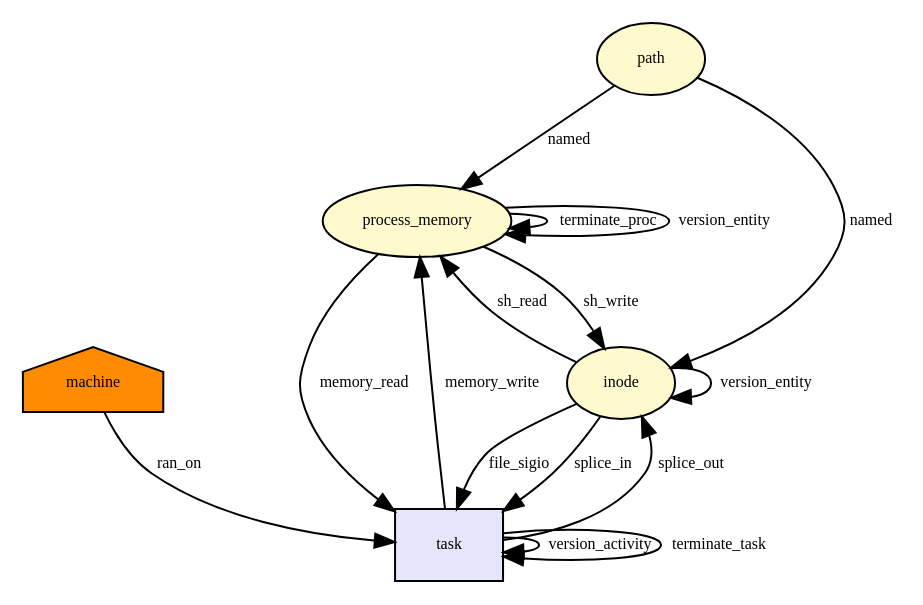
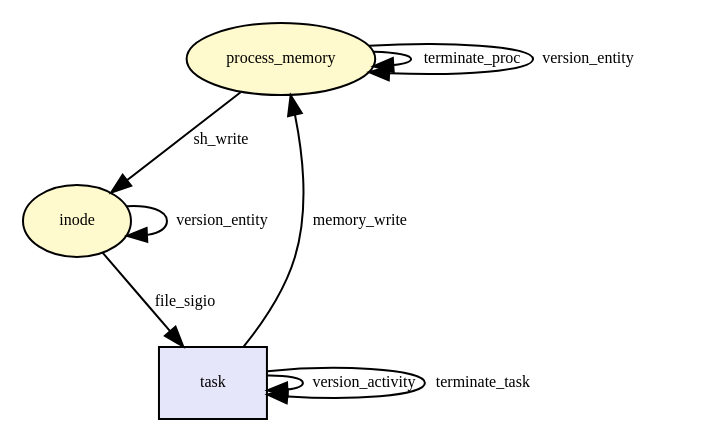
The diagram in docs/dot/__x64_sys_tee.dot (CamFlow/camflow-dev), drawn with Graphviz before and after one commit. The commit also changed 43 other files, not shown here.

```diff
--- a/docs/dot/__x64_sys_tee.dot
+++ b/docs/dot/__x64_sys_tee.dot
@@ -1,41 +1,23 @@
 digraph RGL__DirectedAdjacencyGraph {process_memory[fontsize = 8,label = process_memory,shape = ellipse, fillcolor="#fffacd", style = filled]
 
 process_memory -> process_memory[fontsize = 8,label = terminate_proc]
 
 inode[fontsize = 8,label = inode,shape = ellipse, fillcolor="#fffacd", style = filled]
 
 task[fontsize = 8,label = task,shape = rectangle, fillcolor="#e6e6fa", style = filled]
 
 inode -> task[fontsize = 8,label = file_sigio]
 
 task -> process_memory[fontsize = 8,label = memory_write]
 
 task -> task[fontsize = 8,label = version_activity]
 
 process_memory -> process_memory[fontsize = 8,label = version_entity]
 
 process_memory -> inode[fontsize = 8,label = sh_write]
 
 inode -> inode[fontsize = 8,label = version_entity]
 
-path[fontsize = 8,label = path,shape = ellipse, fillcolor="#fffacd", style = filled]
-
-path -> process_memory[fontsize = 8,label = named]
-
-machine[fontsize = 8,label = machine,shape = house, fillcolor="#ff8c00", style = filled]
-
-machine -> task[fontsize = 8,label = ran_on]
-
-path -> inode[fontsize = 8,label = named]
-
-inode -> task[fontsize = 8,label = splice_in]
-
-process_memory -> task[fontsize = 8,label = memory_read]
-
-task -> inode[fontsize = 8,label = splice_out]
-
-inode -> process_memory[fontsize = 8,label = sh_read]
-
 task -> task[fontsize = 8,label = terminate_task]
 
 }
```
